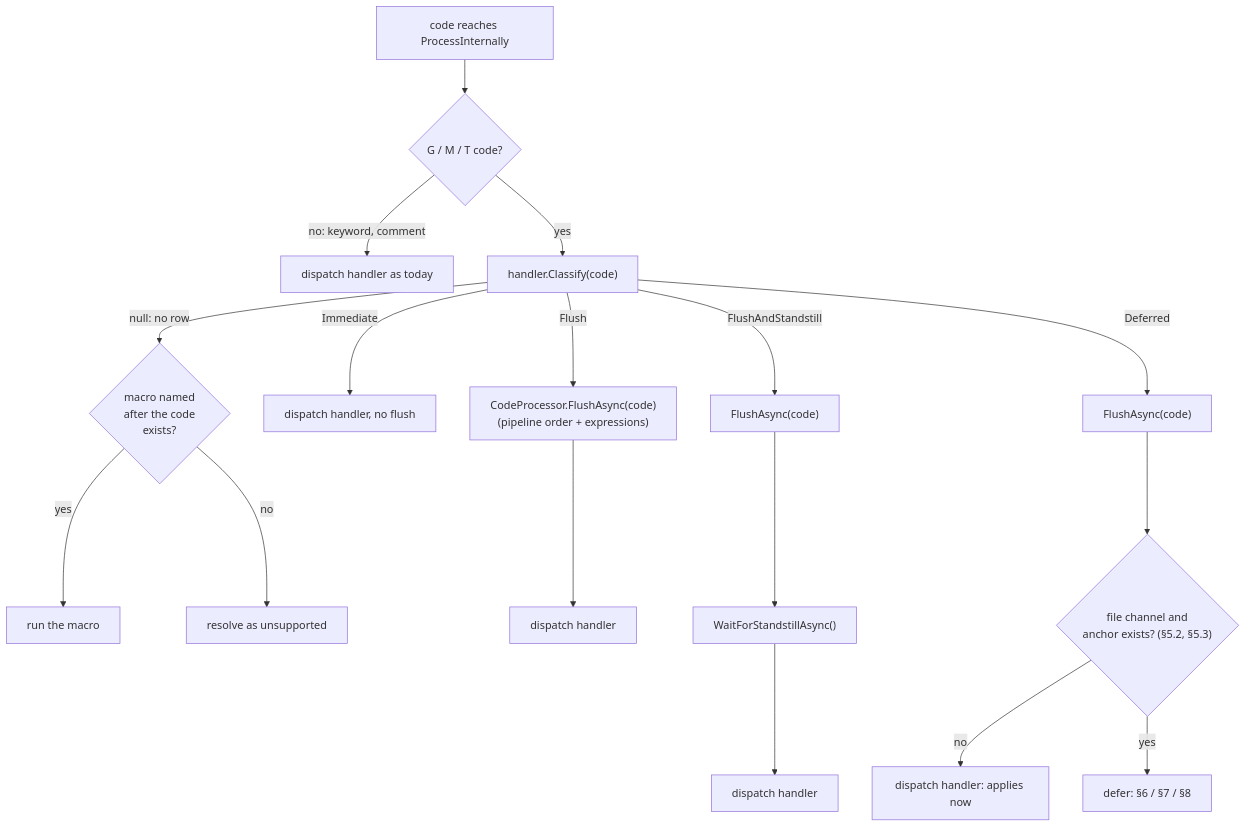
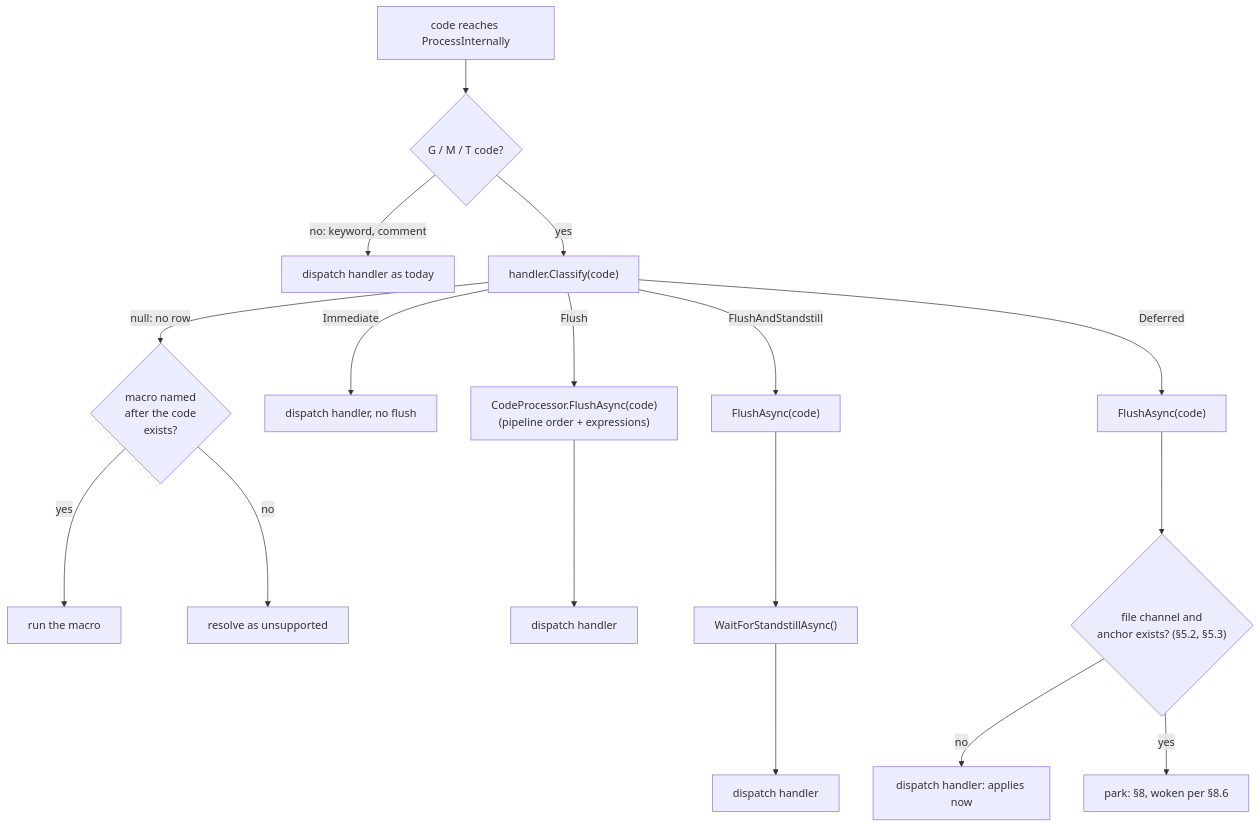
One commit to Duet3D/DuetSoftwareFramework changed the first of 4 diagrams in docs/devel/MOTION_SYNCHRONISED_ACTIONS.md. Above: the diagram before and after it, drawn with Mermaid. The commit also changed other lines of this file and 1 other file, not shown here.

````diff
--- a/docs/devel/MOTION_SYNCHRONISED_ACTIONS.md
+++ b/docs/devel/MOTION_SYNCHRONISED_ACTIONS.md
@@ -269,15 +271,15 @@
 ```mermaid
 flowchart TD
     A[code reaches ProcessInternally] --> B{G / M / T code?}
     B -- no: keyword, comment --> D0[dispatch handler as today]
     B -- yes --> C["handler.Classify(code)"]
     C -- "null: no row" --> M0{"macro named<br/>after the code<br/>exists?"}
     M0 -- yes --> M1[run the macro]
     M0 -- no --> M2["resolve as unsupported"]
     C -- Immediate --> D1[dispatch handler, no flush]
     C -- Flush --> F1["CodeProcessor.FlushAsync(code)<br/>(pipeline order + expressions)"] --> D2[dispatch handler]
     C -- FlushAndStandstill --> F2["FlushAsync(code)"] --> W["WaitForStandstillAsync()"] --> D3[dispatch handler]
     C -- Deferred --> F3["FlushAsync(code)"] --> G{"file channel and<br/>anchor exists? (§5.2, §5.3)"}
     G -- no --> D4[dispatch handler: applies now]
-    G -- yes --> H["defer: §6 / §7 / §8"]
+    G -- yes --> H["park: §8, woken per §8.6"]
 ```
````
